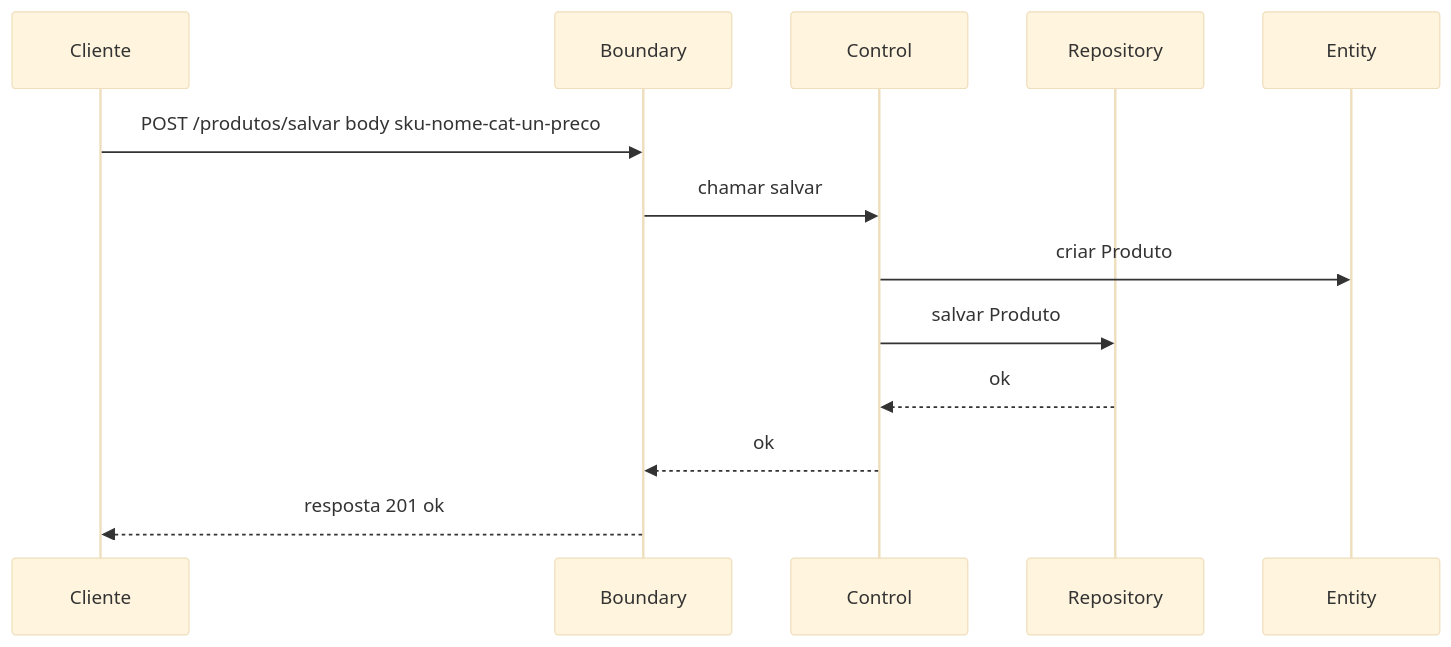
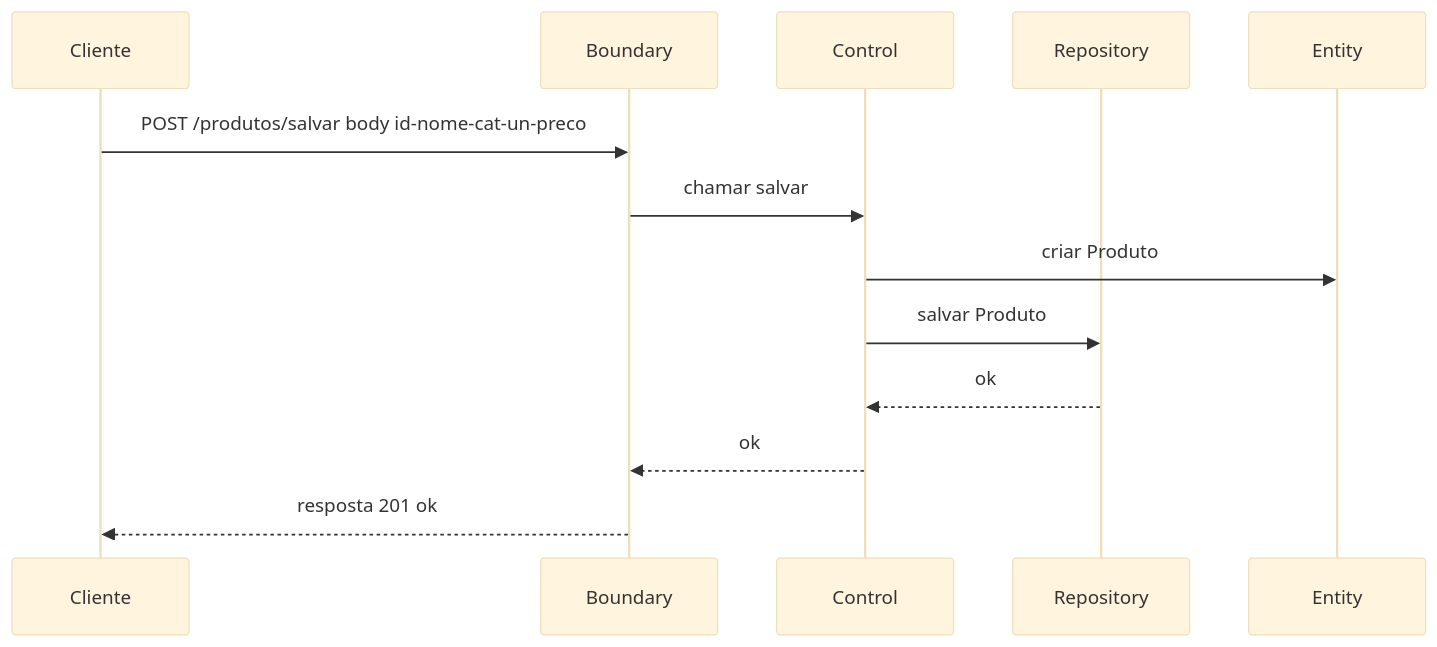
Before and after one commit to marcosfrancisco/teste-alfa: the second of 4 diagrams in aula5.md, drawn with Mermaid (base theme). The commit also changed other lines of this file, not shown here.

````diff
--- a/aula5.md
+++ b/aula5.md
@@ -20,19 +20,19 @@
 ```mermaid
 
 sequenceDiagram
     participant U as Cliente
     participant B as Boundary
     participant C as Control
     participant R as Repository
     participant E as Entity
 
-    U->>B: POST /produtos/salvar  body sku-nome-cat-un-preco
+    U->>B: POST /produtos/salvar  body id-nome-cat-un-preco
     B->>C: chamar salvar
     C->>E: criar Produto
     C->>R: salvar Produto
     R-->>C: ok
     C-->>B: ok
     B-->>U: resposta 201 ok
 
 
 ```
````
